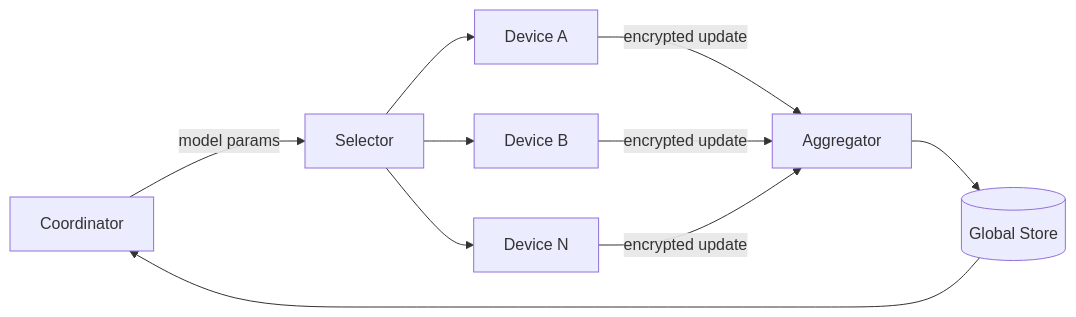
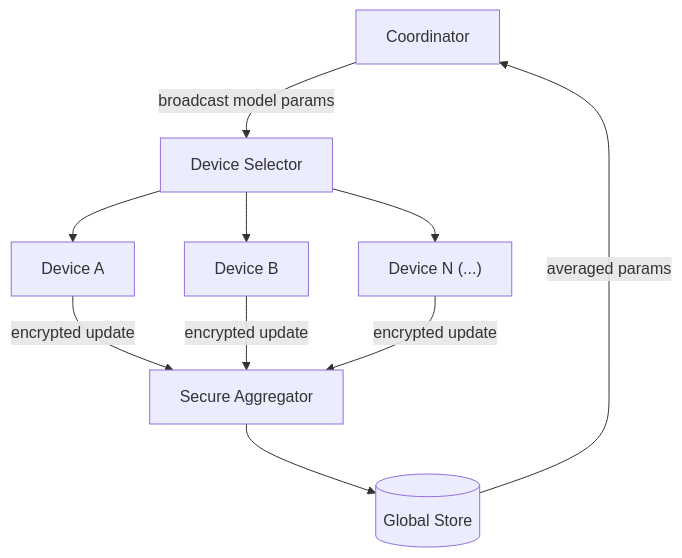
One commit to huangsam/systology changed the diagram in site/content/designs/federated-learning.md. Above: the diagram before and after it, drawn with Mermaid. The commit also changed 2 other files, not shown here.

Commit message:
Adjust some mermaid diagrams to TD

```diff
--- a/site/content/designs/federated-learning.md
+++ b/site/content/designs/federated-learning.md
@@ -22,12 +22,12 @@
 {{< mermaid >}}
-graph LR
-  Coordinator[Coordinator] -->|model params| Selector[Selector]
+graph TD
+  Coordinator[Coordinator] -->|broadcast model params| Selector[Device Selector]
   Selector --> DeviceA[Device A]
   Selector --> DeviceB[Device B]
-  Selector --> DeviceN[Device N]
-  DeviceA -->|encrypted update| Aggregator[Aggregator]
+  Selector --> DeviceN["Device N (...)"]
+  DeviceA -->|encrypted update| Aggregator[Secure Aggregator]
   DeviceB -->|encrypted update| Aggregator
   DeviceN -->|encrypted update| Aggregator
   Aggregator --> GlobalModel[(Global Store)]
-  GlobalModel --> Coordinator
+  GlobalModel -->|averaged params| Coordinator
 {{< /mermaid >}}
```
